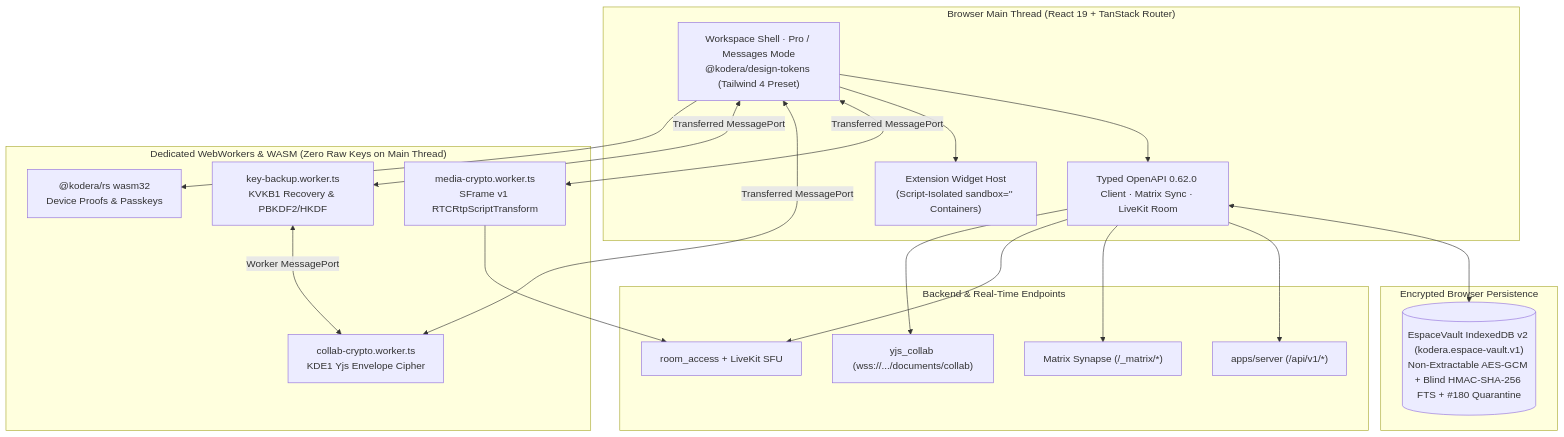
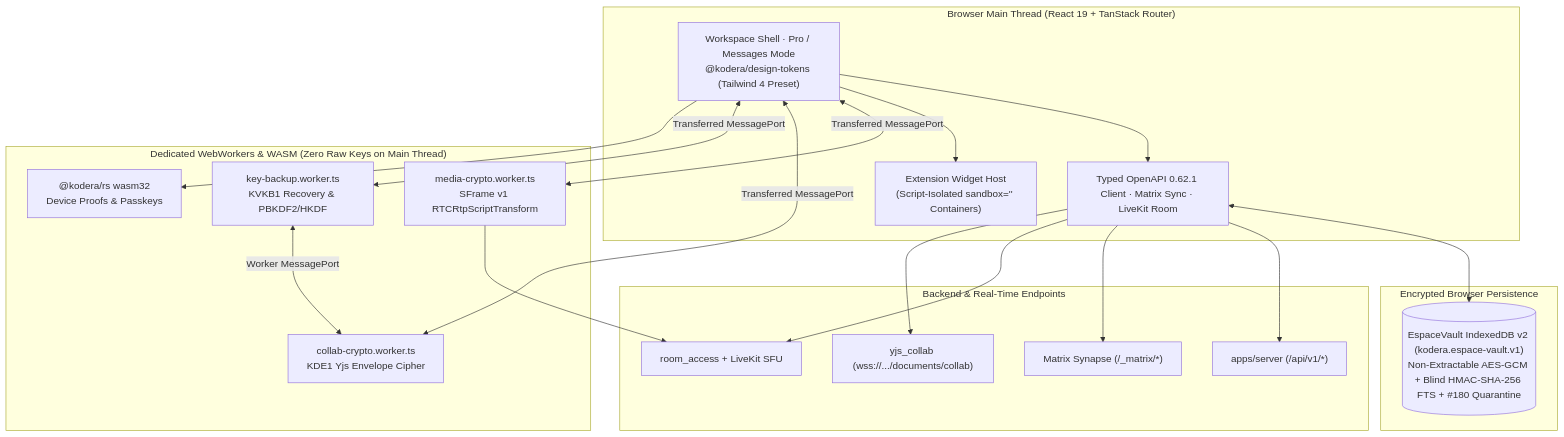
The diagram in apps/web/README.md (kodera-hq/kodera), drawn with Mermaid before and after one commit. The commit also changed other lines of this file and 52 other files, not shown here.

````diff
--- a/apps/web/README.md
+++ b/apps/web/README.md
@@ -9,34 +9,34 @@
 ```mermaid
 flowchart TB
   subgraph MainThread["Browser Main Thread (React 19 + TanStack Router)"]
     UI["Workspace Shell · Pro / Messages Mode<br/>@kodera/design-tokens (Tailwind 4 Preset)"]
-    SDK["Typed OpenAPI 0.62.0 Client · Matrix Sync · LiveKit Room"]
+    SDK["Typed OpenAPI 0.62.1 Client · Matrix Sync · LiveKit Room"]
     Sandbox["Extension Widget Host<br/>(Script-Isolated sandbox='' Containers)"]
   end
 
   subgraph Workers["Dedicated WebWorkers & WASM (Zero Raw Keys on Main Thread)"]
     MediaW["media-crypto.worker.ts<br/>SFrame v1 RTCRtpScriptTransform"]
     CollabW["collab-crypto.worker.ts<br/>KDE1 Yjs Envelope Cipher"]
     BackupW["key-backup.worker.ts<br/>KVKB1 Recovery & PBKDF2/HKDF"]
     Wasm["@kodera/rs wasm32<br/>Device Proofs & Passkeys"]
   end
 
   subgraph LocalStore["Encrypted Browser Persistence"]
     IDB[("EspaceVault IndexedDB v2 (kodera.espace-vault.v1)<br/>Non-Extractable AES-GCM + Blind HMAC-SHA-256 FTS + #180 Quarantine")]
   end
 
   subgraph Services["Backend & Real-Time Endpoints"]
     Core["apps/server (/api/v1/*)"]
     Syn["Matrix Synapse (/_matrix/*)"]
     RA["room_access + LiveKit SFU"]
     Yjs["yjs_collab (wss://.../documents/collab)"]
   end
 
   UI --> SDK & Sandbox
   UI <-->|"Transferred MessagePort"| MediaW & CollabW & BackupW
   UI --> Wasm
   SDK <--> IDB
   BackupW <-->|"Worker MessagePort"| CollabW
   SDK --> Core & Syn & RA & Yjs
   MediaW --> RA
 ```
````
